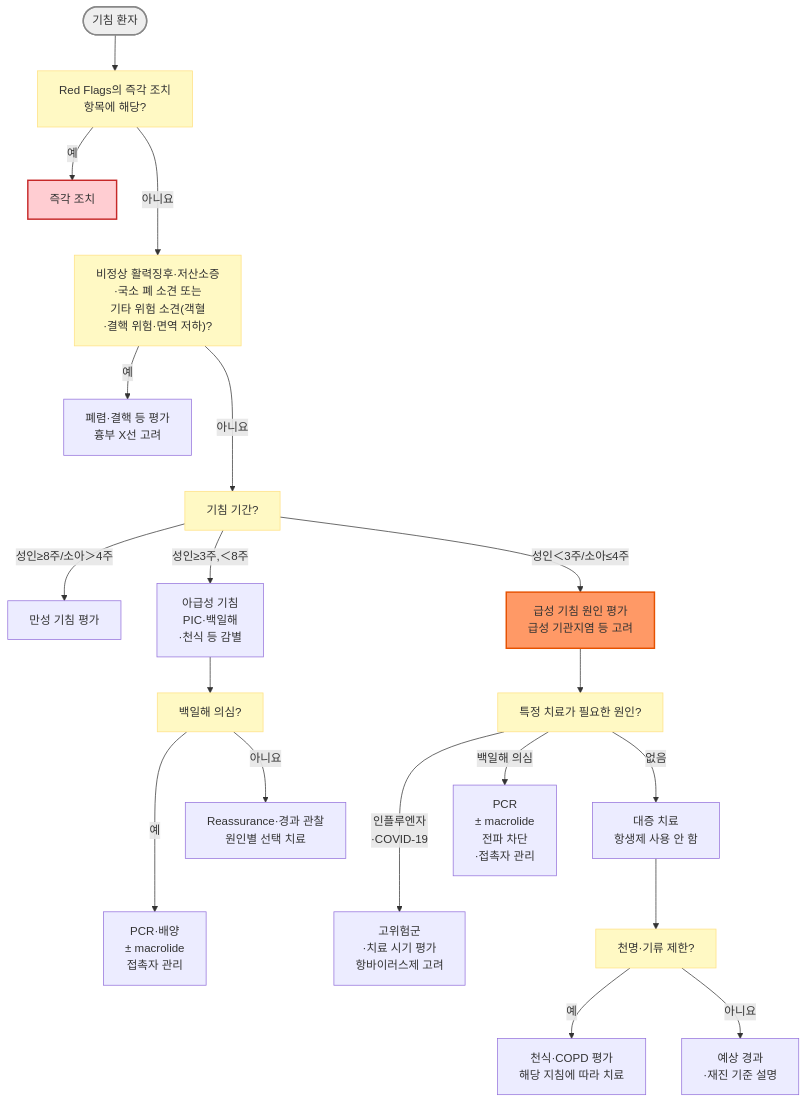
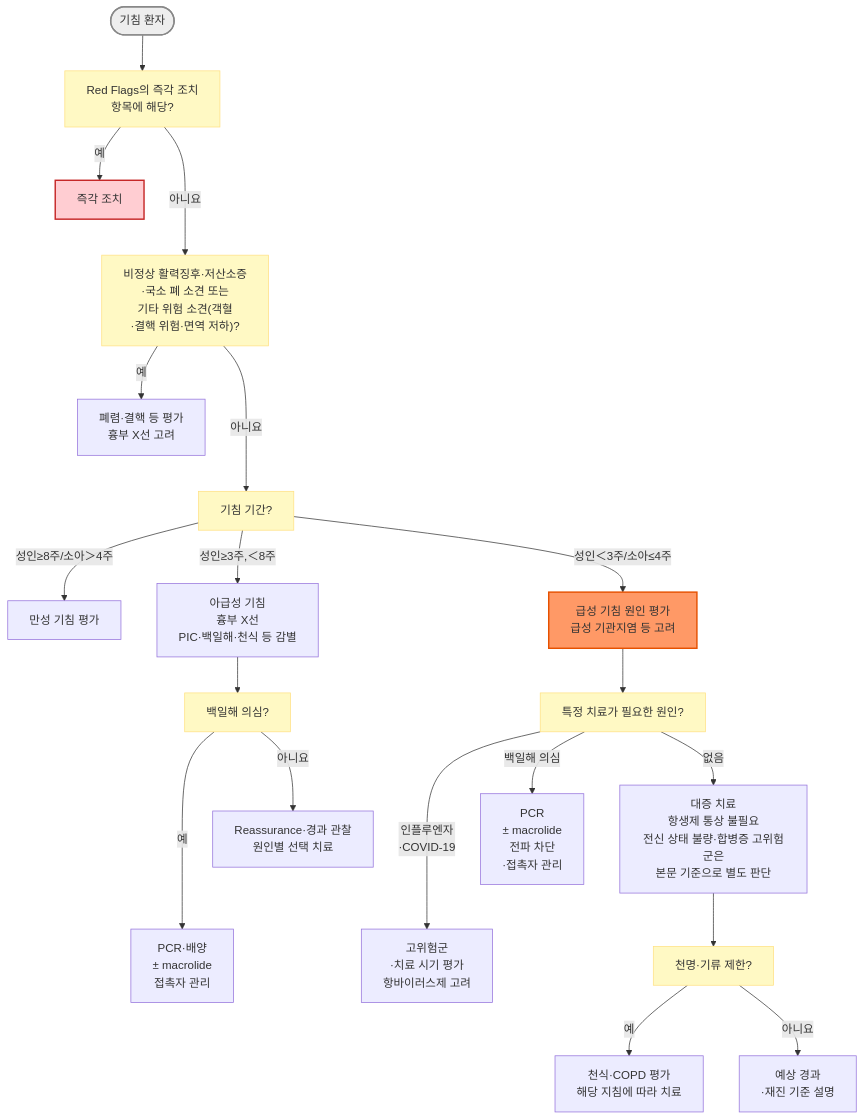
The diagram in 223_/066_-acute-bronchitis.md (familyoh77/familyoh77), drawn with Mermaid before and after one commit. The commit also changed other lines of this file, not shown here.

````diff
--- a/223_/066_-acute-bronchitis.md
+++ b/223_/066_-acute-bronchitis.md
@@ -110,26 +111,26 @@
 ```mermaid
 flowchart TD
     A(["기침 환자"]) --> B["Red Flags의 즉각 조치<br/>항목에 해당?"]
     B -- "예" --> C["즉각 조치"]
     B -- "아니요" ---> D["비정상 활력징후·저산소증<br/>·국소 폐 소견 또는 <br/>기타 위험 소견(객혈<br/>·결핵 위험·면역 저하)?"]
     D -- "예" --> E["폐렴·결핵 등 평가<br/>흉부 X선 고려"]
     D -- "아니요" ---> F["기침 기간?"]
     F -- "성인≥8주/소아＞4주" --> CC["만성 기침 평가"]
-    F -- "성인≥3주,＜8주" --> PIC["아급성 기침<br/>PIC·백일해<br/>·천식 등 감별"]
+    F -- "성인≥3주,＜8주" --> PIC["아급성 기침<br/>흉부 X선<br/>PIC·백일해·천식 등 감별"]
     F -- "성인＜3주/소아≤4주" --> G["급성 기침 원인 평가<br/>급성 기관지염 등 고려"]
     PIC --> PH["백일해 의심?"]
     PH -- "예" ---> P2["PCR·배양 <br/>± macrolide<br/>접촉자 관리"]
     PH -- "아니요" --> PIC2["Reassurance·경과 관찰<br/>원인별 선택 치료"]
     G --> H["특정 치료가 필요한 원인?"]
     H -- "인플루엔자<br/>·COVID-19" ---> AV["고위험군<br/>·치료 시기 평가<br/>항바이러스제 고려"]
     H -- "백일해 의심" --> P["PCR <br/>± macrolide<br/>전파 차단<br/>·접촉자 관리"]
-    H -- "없음" --> SUP["대증 치료<br/>항생제 사용 안 함"]
+    H -- "없음" --> SUP["대증 치료<br/>항생제 통상 불필요<br/>전신 상태 불량·합병증 고위험군은<br/>본문 기준으로 별도 판단"]
     SUP --> SX["천명·기류 제한?"]
     SX -- "예" --> AIR["천식·COPD 평가<br/>해당 지침에 따라 치료"]
     SX -- "아니요" --> FU["예상 경과<br/>·재진 기준 설명"]
     classDef question fill:#fff9c4,stroke:#ffe082
     class B,D,F,H,SX,PH question
     style A fill:#eeeeee,stroke:#888888,stroke-width:2px
     style G fill:#f96,stroke:#e65100,stroke-width:2px
     style C fill:#ffcdd2,stroke:#c62828,stroke-width:2px
 ```
````
